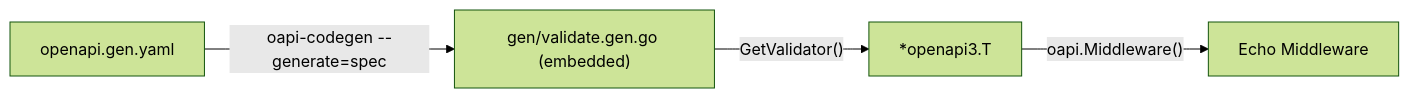
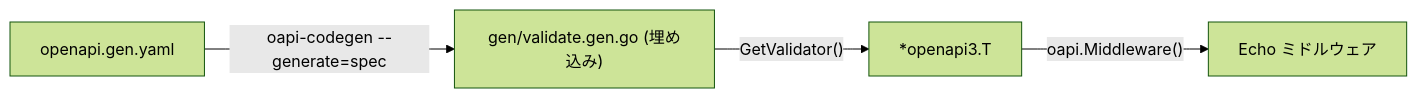
One commit to Tomy-ch/go-boilerplate changed the diagram in internal/controller/httpstack/oapi/validator/README.md. Above: the diagram before and after it, drawn with Mermaid (forest theme). The commit also changed other lines of this file and 970 other files, not shown here.

````diff
--- a/internal/controller/httpstack/oapi/validator/README.md
+++ b/internal/controller/httpstack/oapi/validator/README.md
@@ -7,6 +7,6 @@
 ```mermaid
 flowchart LR
-    Spec["openapi.gen.yaml"] -->|"oapi-codegen --generate=spec"| GenGo["gen/validate.gen.go (embedded)"]
+    Spec["openapi.gen.yaml"] -->|"oapi-codegen --generate=spec"| GenGo["gen/validate.gen.go (埋め込み)"]
     GenGo -->|"GetValidator()"| Schema["*openapi3.T"]
-    Schema -->|"oapi.Middleware()"| MW["Echo Middleware"]
+    Schema -->|"oapi.Middleware()"| MW["Echo ミドルウェア"]
 ```
````
